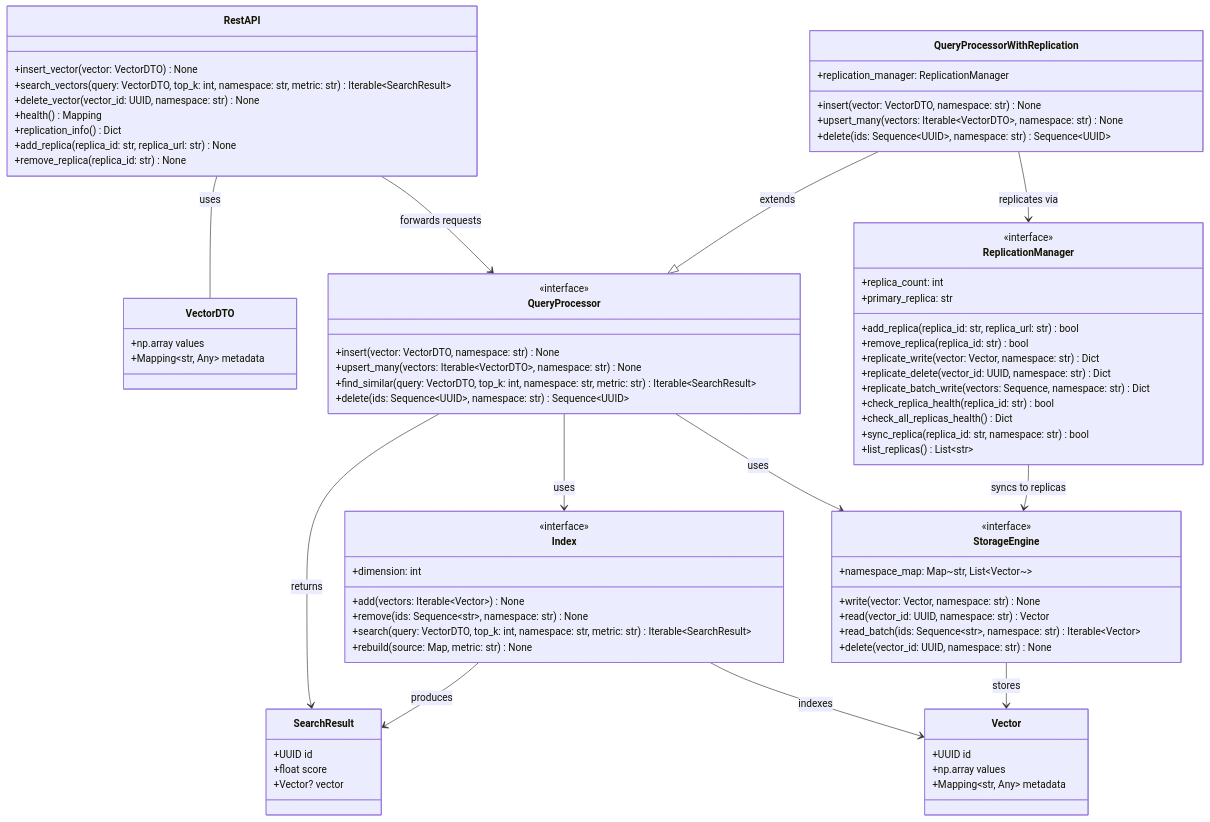
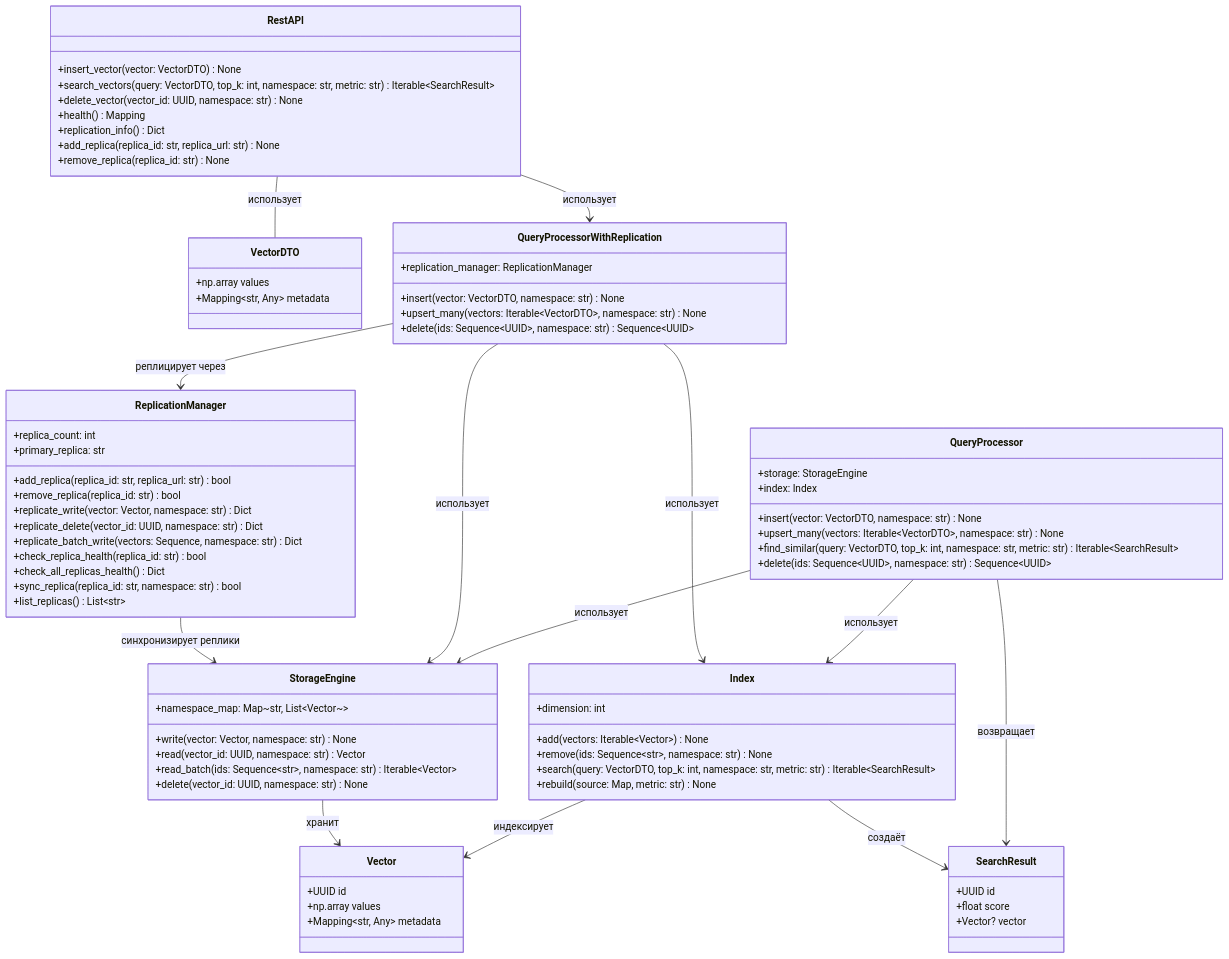
One commit to SudYar/MLVectorDB changed the diagram in README.md. Above: the diagram before and after it, drawn with Mermaid. The commit also changed other lines of this file, not shown here.

Commit message:
Rewrite README.md in Russian, move mermaid to beginning, remove interface labels

````diff
--- a/README.md
+++ b/README.md
@@ -109,7 +24,6 @@
     }
 
     class StorageEngine {
-        <<interface>>
         +write(vector: Vector, namespace: str) None
         +read(vector_id: UUID, namespace: str) Vector
         +read_batch(ids: Sequence~str~, namespace: str) Iterable~Vector~
@@ -118,7 +32,6 @@
     }
 
     class Index {
-        <<interface>>
         +add(vectors: Iterable~Vector~) None
         +remove(ids: Sequence~str~, namespace: str) None
         +search(query: VectorDTO, top_k: int, namespace: str, metric: str) Iterable~SearchResult~
@@ -127,7 +40,8 @@
     }
 
     class QueryProcessor {
-        <<interface>>
+        +storage: StorageEngine
+        +index: Index
         +insert(vector: VectorDTO, namespace: str) None
         +upsert_many(vectors: Iterable~VectorDTO~, namespace: str) None
         +find_similar(query: VectorDTO, top_k: int, namespace: str, metric: str) Iterable~SearchResult~
@@ -135,7 +49,6 @@
     }
 
     class ReplicationManager {
-        <<interface>>
         +replica_count: int
         +primary_replica: str
         +add_replica(replica_id: str, replica_url: str) bool
@@ -166,19 +79,22 @@
         +remove_replica(replica_id: str) None
     }
 
-    %% Core Relationships
-    QueryProcessor --> Index : uses
-    QueryProcessor --> StorageEngine : uses
-    RestAPI --> QueryProcessor : forwards requests
-    RestAPI -- VectorDTO : uses
-    Index --> Vector : indexes
-    StorageEngine --> Vector : stores
-    QueryProcessor --> SearchResult : returns
-    Index --> SearchResult : produces
+    %% Основные связи
+    QueryProcessor --> Index : использует
+    QueryProcessor --> StorageEngine : использует
+    Index --> Vector : индексирует
+    StorageEngine --> Vector : хранит
+    QueryProcessor --> SearchResult : возвращает
+    Index --> SearchResult : создаёт
     
-    %% Replication Relationships
-    QueryProcessorWithReplication --|> QueryProcessor : extends
-    QueryProcessorWithReplication --> ReplicationManager : replicates via
-    ReplicationManager --> StorageEngine : syncs to replicas
+    %% Связи репликации
+    QueryProcessorWithReplication --> StorageEngine : использует
+    QueryProcessorWithReplication --> Index : использует
+    QueryProcessorWithReplication --> ReplicationManager : реплицирует через
+    ReplicationManager --> StorageEngine : синхронизирует реплики
+    
+    %% REST API
+    RestAPI --> QueryProcessorWithReplication : использует
+    RestAPI -- VectorDTO : использует
     
 ```
````
